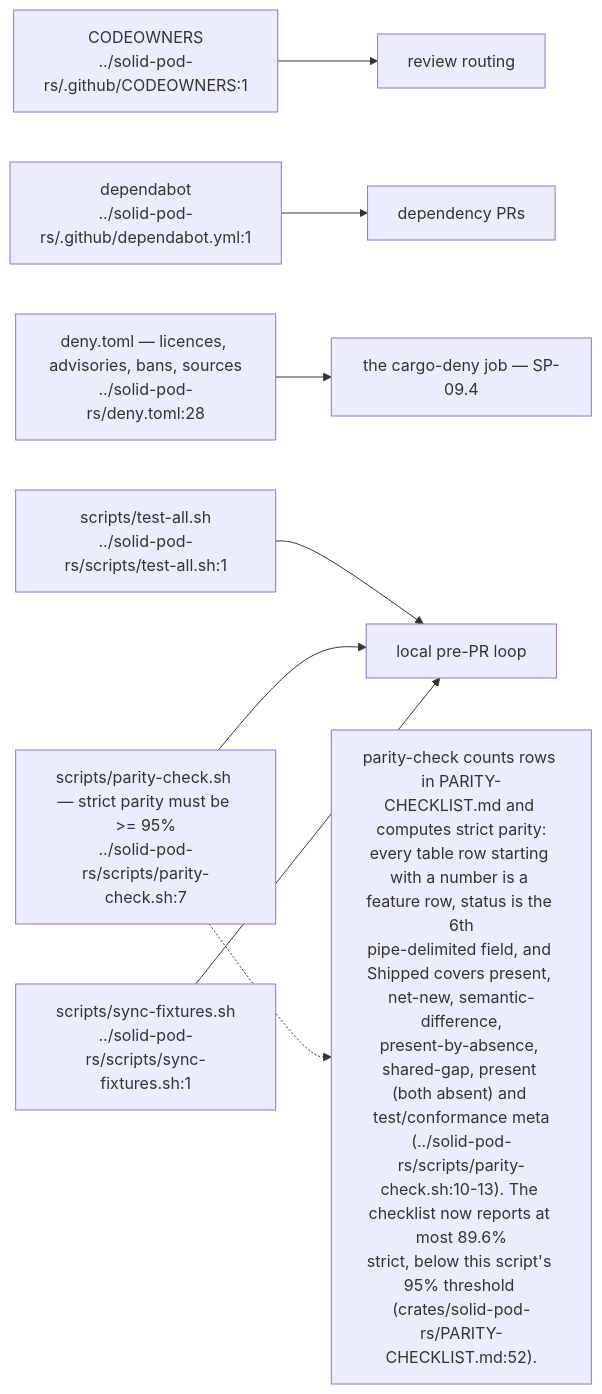
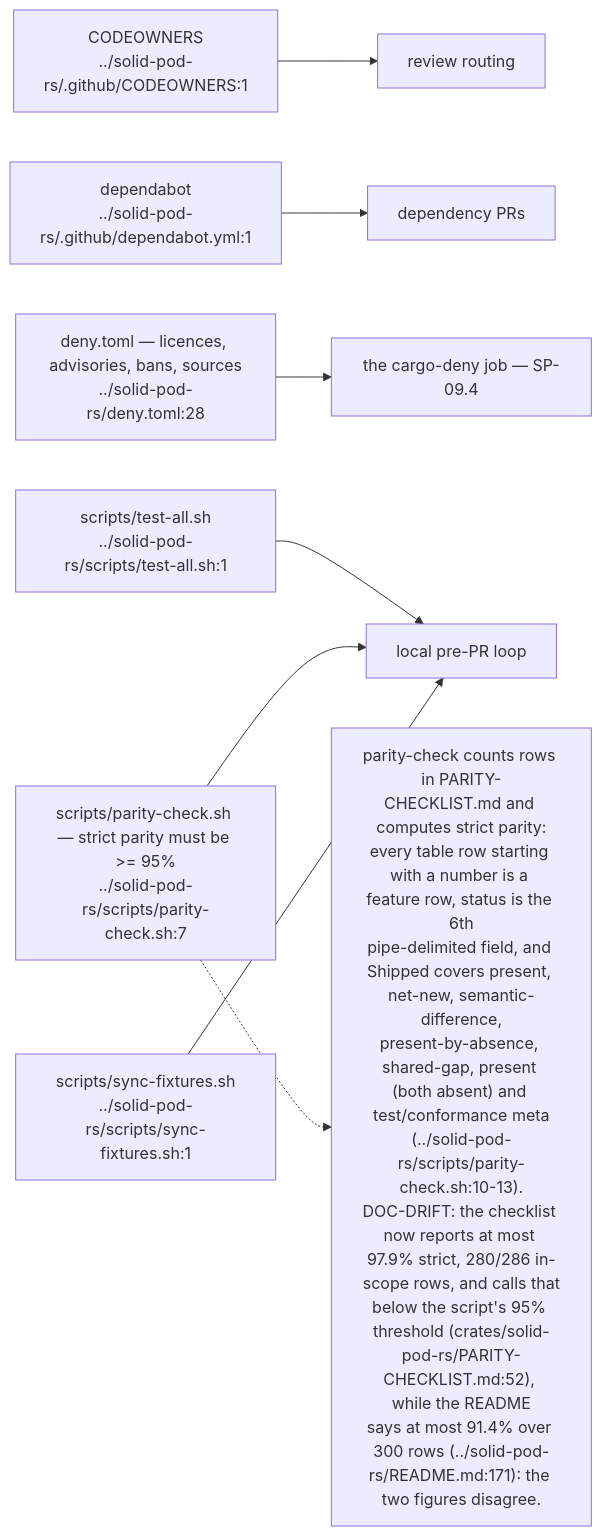
One commit to DreamLab-AI/VisionFlow changed the seventh of 10 diagrams in docs/diagrams/solid-pod-rs/09-ci-release-and-consumer-pins.md. Above: the diagram before and after it, drawn with Mermaid. The commit also changed other lines of this file, not shown here.

First line of the commit message:
docs(diagrams): SP-09 re-verified at solid-pod-rs a28a748; forum re-pinned at af4f0d5, website overlay at 567bed6

````diff
--- a/docs/diagrams/solid-pod-rs/09-ci-release-and-consumer-pins.md
+++ b/docs/diagrams/solid-pod-rs/09-ci-release-and-consumer-pins.md
@@ -264,19 +282,19 @@
 ```mermaid
 flowchart LR
     CO["CODEOWNERS<br/>../solid-pod-rs/.github/CODEOWNERS:1"]
     DEP["dependabot<br/>../solid-pod-rs/.github/dependabot.yml:1"]
     DENYF["deny.toml — licences, advisories, bans, sources<br/>../solid-pod-rs/deny.toml:28"]
     TA["scripts/test-all.sh<br/>../solid-pod-rs/scripts/test-all.sh:1"]
     PC["scripts/parity-check.sh — strict parity must be >= 95%<br/>../solid-pod-rs/scripts/parity-check.sh:7"]
     SF["scripts/sync-fixtures.sh<br/>../solid-pod-rs/scripts/sync-fixtures.sh:1"]
 
     CO --> REVIEW["review routing"]
     DEP --> BUMP["dependency PRs"]
     DENYF --> CI["the cargo-deny job — SP-09.4"]
     TA --> LOCAL["local pre-PR loop"]
     PC --> LOCAL
     SF --> LOCAL
 
-    N["parity-check counts rows in PARITY-CHECKLIST.md and computes strict parity:<br/>every table row starting with a number is a feature row, status is the 6th<br/>pipe-delimited field, and Shipped covers present, net-new, semantic-difference,<br/>present-by-absence, shared-gap, present (both absent) and test/conformance meta<br/>(../solid-pod-rs/scripts/parity-check.sh:10-13). The checklist now reports at most 89.6%<br/>strict, below this script's 95% threshold (crates/solid-pod-rs/PARITY-CHECKLIST.md:52)."]
+    N["parity-check counts rows in PARITY-CHECKLIST.md and computes strict parity:<br/>every table row starting with a number is a feature row, status is the 6th<br/>pipe-delimited field, and Shipped covers present, net-new, semantic-difference,<br/>present-by-absence, shared-gap, present (both absent) and test/conformance meta<br/>(../solid-pod-rs/scripts/parity-check.sh:10-13).<br/>DOC-DRIFT: the checklist now reports at most 97.9% strict, 280/286 in-scope rows, and calls that<br/>below the script's 95% threshold (crates/solid-pod-rs/PARITY-CHECKLIST.md:52), while the README<br/>says at most 91.4% over 300 rows (../solid-pod-rs/README.md:171): the two figures disagree."]
     PC -.-> N
 ```
````
